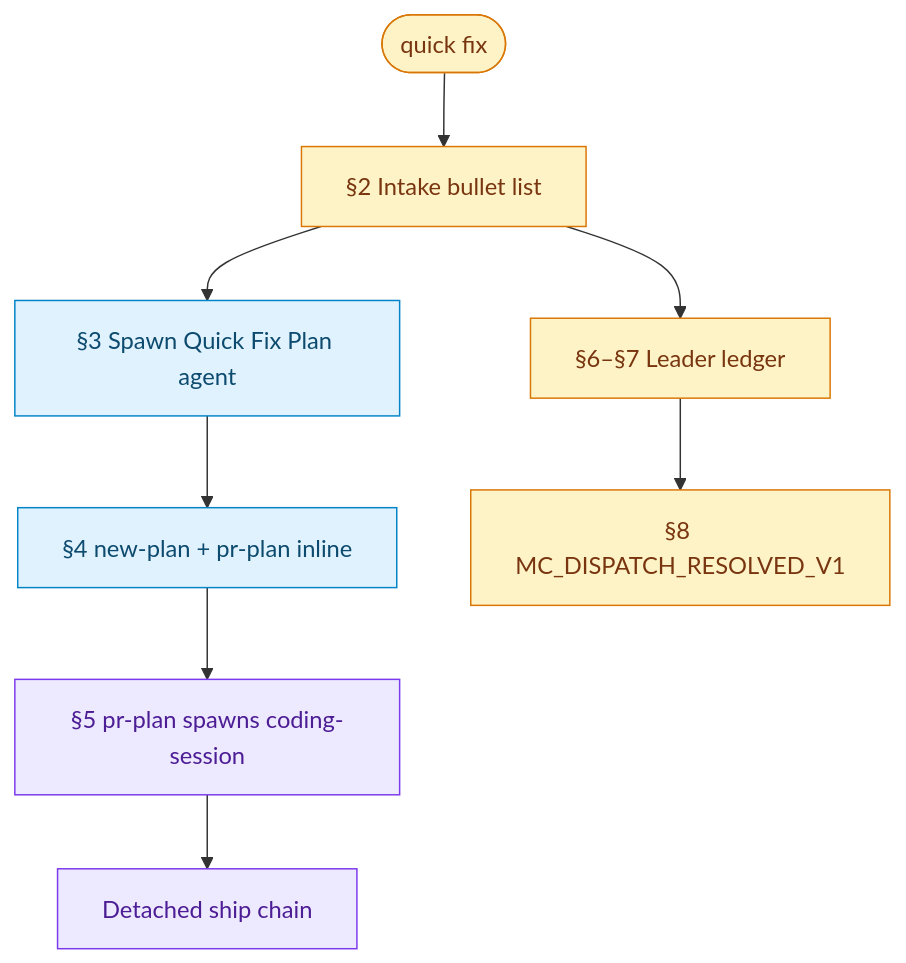
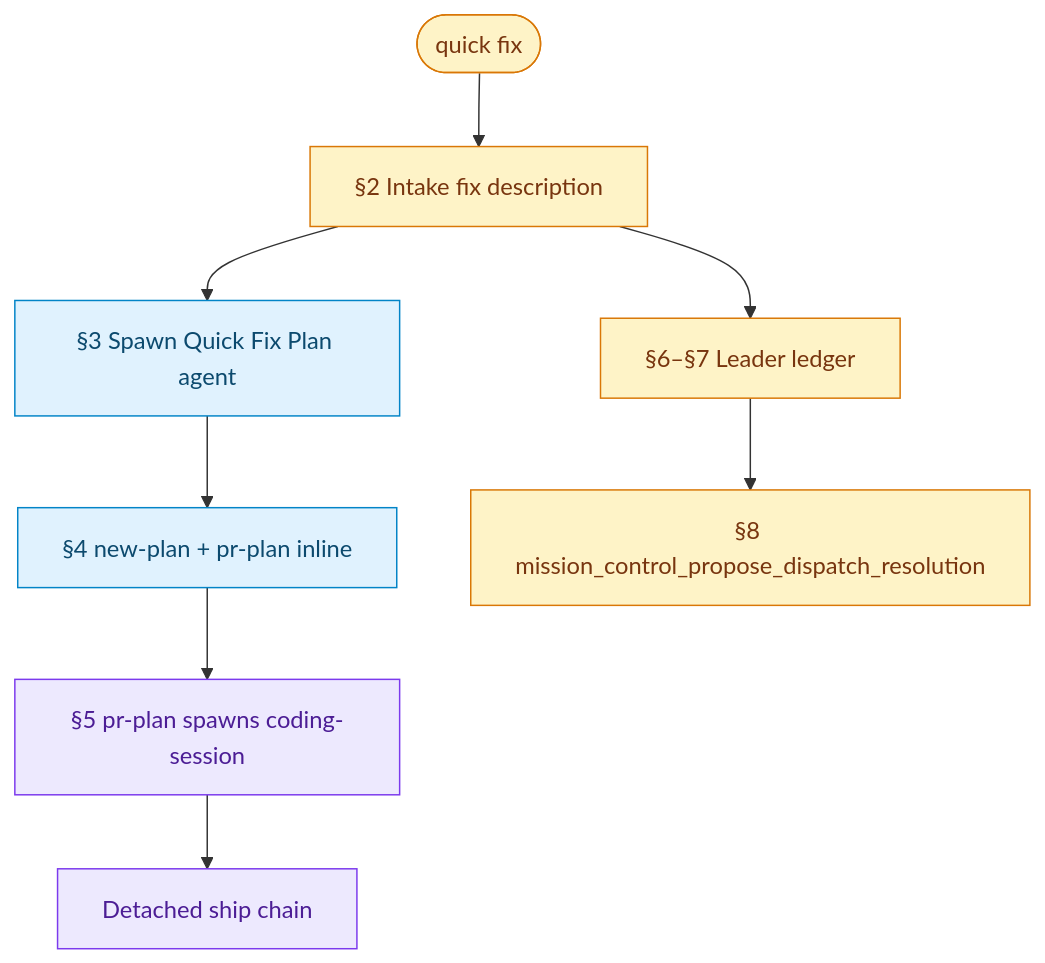
Before and after one commit to sedea-tapcart/research-and-development: the diagram in missions/quick-fix/plan.mdc, drawn with Mermaid. The commit also changed other lines of this file and 46 other files, not shown here.

````diff
--- a/missions/quick-fix/plan.mdc
+++ b/missions/quick-fix/plan.mdc
@@ -58,15 +59,15 @@
 ```mermaid
 flowchart TB
   classDef leader fill:#fef3c7,stroke:#d97706,color:#78350f
   classDef child fill:#e0f2fe,stroke:#0284c7,color:#0c4a6e
   classDef detached fill:#ede9fe,stroke:#7c3aed,color:#4c1d95
 
   CMD(["quick fix"]):::leader
-  CMD --> INT["§2 Intake bullet list"]:::leader
+  CMD --> INT["§2 Intake fix description"]:::leader
   INT --> CP["§3 Spawn Quick Fix Plan agent"]:::child
   CP --> NP["§4 new-plan + pr-plan inline"]:::child
   NP --> CS["§5 pr-plan spawns coding-session"]:::detached
   CS --> SHIP["Detached ship chain"]:::detached
   INT --> LED["§6–§7 Leader ledger"]:::leader
-  LED --> RES["§8 MC_DISPATCH_RESOLVED_V1"]:::leader
+  LED --> RES["§8 mission_control_propose_dispatch_resolution"]:::leader
 ```
````
